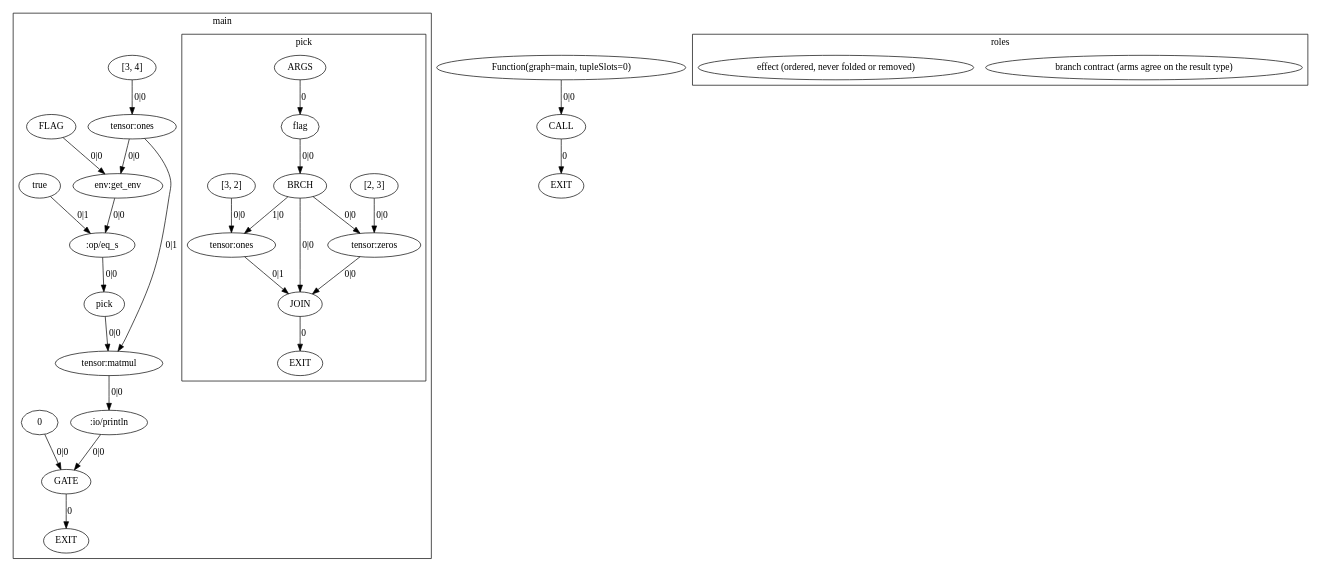
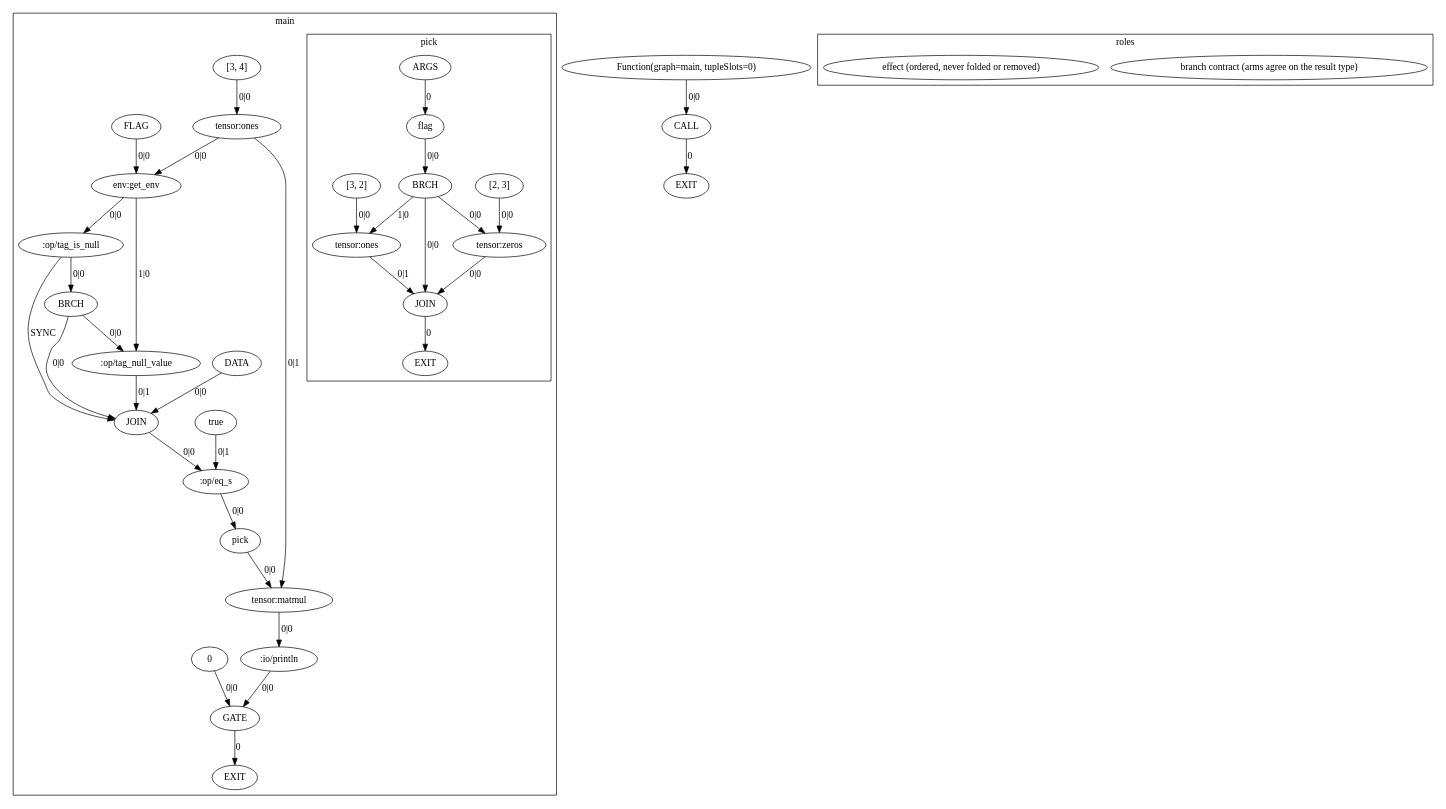
The diagram in exemplars/02_branch_shape_contract/expected/dump.agir.dot (OpenCML/Camel), drawn with Graphviz before and after one commit. The commit also changed 199 other files, not shown here.

First line of the commit message:
refactor(env): an unset variable is null and an unreadable working directory is an error

```diff
--- a/exemplars/02_branch_shape_contract/expected/dump.agir.dot
+++ b/exemplars/02_branch_shape_contract/expected/dump.agir.dot
@@ -1,61 +1,74 @@
 digraph GraphIR {
     subgraph cluster_F01 {
         label="main";
         subgraph cluster_F02 {
             label="pick";
             F02 [label="ARGS", type="ARGS"];
             O02 [label="EXIT", type="EXIT"];
             N00 [label="flag", type="PORT", param_name="flag", param_kind="normal", param_index="0", value_type="bool", origin=<ORIGIN>, span="12:10-12:20", srcfile="exemplars/02_branch_shape_contract/program.cml"];
             N01 [label="JOIN", type="JOIN", role="branch-contract", origin=<ORIGIN>, span="13:11-13:55", srcfile="exemplars/02_branch_shape_contract/program.cml", value_type="f32[?, ?]"];
             N02 [label="BRCH", type="BRCH", origin=<ORIGIN>, span="13:11-13:55", srcfile="exemplars/02_branch_shape_contract/program.cml", value_type="int"];
             N03 [label="[2, 3]", type="DATA", origin=<ORIGIN>, span="13:30-13:36", srcfile="exemplars/02_branch_shape_contract/program.cml", value_type="int[]"];
             N04 [label="tensor:zeros", type="OPER", origin=<ORIGIN>, span="13:24-13:29", srcfile="exemplars/02_branch_shape_contract/program.cml", value_type="f32[2, 3]"];
             N05 [label="[3, 2]", type="DATA", origin=<ORIGIN>, span="13:48-13:54", srcfile="exemplars/02_branch_shape_contract/program.cml", value_type="int[]"];
             N06 [label="tensor:ones", type="OPER", origin=<ORIGIN>, span="13:43-13:47", srcfile="exemplars/02_branch_shape_contract/program.cml", value_type="f32[3, 2]"];
             F02 -> N00 [label="0", type="NORM_PORT"];
             N01 -> O02 [label="0", type="EXIT"];
             N04 -> N01 [label="0|0", type="WITH"];
             N06 -> N01 [label="0|1", type="WITH"];
             N02 -> N01 [label="0|0", type="NORM"];
             N00 -> N02 [label="0|0", type="NORM"];
             N03 -> N04 [label="0|0", type="NORM"];
             N02 -> N04 [label="0|0", type="CTRL"];
             N05 -> N06 [label="0|0", type="NORM"];
             N02 -> N06 [label="1|0", type="CTRL"];
         }
         O01 [label="EXIT", type="EXIT"];
         N07 [label="[3, 4]", type="DATA", origin=<ORIGIN>, span="17:17-17:23", srcfile="exemplars/02_branch_shape_contract/program.cml", value_type="int[]"];
         N08 [label="tensor:ones", type="OPER", origin=<ORIGIN>, span="17:12-17:16", srcfile="exemplars/02_branch_shape_contract/program.cml", value_type="f32[3, 4]"];
-        N09 [label="FLAG", type="DATA", origin=<ORIGIN>, span="18:25-18:31", srcfile="exemplars/02_branch_shape_contract/program.cml", value_type="string"];
-        N0A [label="env:get_env", type="OPER", role="effect", origin=<ORIGIN>, span="18:17-18:24", srcfile="exemplars/02_branch_shape_contract/program.cml", value_type="string"];
-        N0B [label="true", type="DATA", origin=<ORIGIN>, span="18:36-18:42", srcfile="exemplars/02_branch_shape_contract/program.cml", value_type="string"];
-        N0C [label=":op/eq_s", type="OPER", origin=<ORIGIN>, span="18:33-18:35", srcfile="exemplars/02_branch_shape_contract/program.cml", value_type="bool"];
-        N0D [label="pick", type="FUNC", origin=<ORIGIN>, span="18:12-18:43", srcfile="exemplars/02_branch_shape_contract/program.cml", value_type="f32[..]"];
-        N0E [label="tensor:matmul", type="OPER", origin=<ORIGIN>, span="18:44-18:45", srcfile="exemplars/02_branch_shape_contract/program.cml", value_type="f32[..]"];
-        N0F [label=":io/println", type="OPER", role="effect", origin=<ORIGIN>, span="18:4-18:11", srcfile="exemplars/02_branch_shape_contract/program.cml", value_type="f32[..]"];
-        N10 [label="0", type="DATA", origin=<ORIGIN>, span="19:11-19:12", srcfile="exemplars/02_branch_shape_contract/program.cml", value_type="int"];
-        N11 [label="GATE", type="GATE", value_type="int"];
-        N11 -> O01 [label="0", type="EXIT"];
+        N09 [label="FLAG", type="DATA", origin=<ORIGIN>, span="18:26-18:32", srcfile="exemplars/02_branch_shape_contract/program.cml", value_type="string"];
+        N0A [label="env:get_env", type="OPER", role="effect", origin=<ORIGIN>, span="18:18-18:25", srcfile="exemplars/02_branch_shape_contract/program.cml", value_type="string?"];
+        N0B [label=":op/tag_is_null", type="OPER", origin=<ORIGIN>, span="18:34-18:36", srcfile="exemplars/02_branch_shape_contract/program.cml", value_type="bool"];
+        N0C [label="DATA", type="DATA", origin=<ORIGIN>, span="18:37-18:39", srcfile="exemplars/02_branch_shape_contract/program.cml", value_type="string"];
+        N0D [label=":op/tag_null_value", type="OPER", origin=<ORIGIN>, span="18:34-18:36", srcfile="exemplars/02_branch_shape_contract/program.cml", value_type="string"];
+        N0E [label="JOIN", type="JOIN", role="branch-contract", origin=<ORIGIN>, span="18:34-18:36", srcfile="exemplars/02_branch_shape_contract/program.cml", value_type="string"];
+        N0F [label="BRCH", type="BRCH", origin=<ORIGIN>, span="18:34-18:36", srcfile="exemplars/02_branch_shape_contract/program.cml", value_type="int"];
+        N10 [label="true", type="DATA", origin=<ORIGIN>, span="18:44-18:50", srcfile="exemplars/02_branch_shape_contract/program.cml", value_type="string"];
+        N11 [label=":op/eq_s", type="OPER", origin=<ORIGIN>, span="18:41-18:43", srcfile="exemplars/02_branch_shape_contract/program.cml", value_type="bool"];
+        N12 [label="pick", type="FUNC", origin=<ORIGIN>, span="18:12-18:51", srcfile="exemplars/02_branch_shape_contract/program.cml", value_type="f32[..]"];
+        N13 [label="tensor:matmul", type="OPER", origin=<ORIGIN>, span="18:52-18:53", srcfile="exemplars/02_branch_shape_contract/program.cml", value_type="f32[..]"];
+        N14 [label=":io/println", type="OPER", role="effect", origin=<ORIGIN>, span="18:4-18:11", srcfile="exemplars/02_branch_shape_contract/program.cml", value_type="f32[..]"];
+        N15 [label="0", type="DATA", origin=<ORIGIN>, span="19:11-19:12", srcfile="exemplars/02_branch_shape_contract/program.cml", value_type="int"];
+        N16 [label="GATE", type="GATE", value_type="int"];
+        N16 -> O01 [label="0", type="EXIT"];
         N07 -> N08 [label="0|0", type="NORM"];
         N09 -> N0A [label="0|0", type="NORM"];
         N08 -> N0A [label="0|0", type="CTRL"];
-        N0A -> N0C [label="0|0", type="NORM"];
-        N0B -> N0C [label="0|1", type="NORM"];
-        N0C -> N0D [label="0|0", type="NORM"];
-        N0D -> N0E [label="0|0", type="NORM"];
-        N08 -> N0E [label="0|1", type="NORM"];
-        N0E -> N0F [label="0|0", type="NORM"];
-        N10 -> N11 [label="0|0", type="NORM"];
-        N0F -> N11 [label="0|0", type="CTRL"];
+        N0A -> N0B [label="0|0", type="NORM"];
+        N0A -> N0D [label="1|0", type="NORM"];
+        N0F -> N0D [label="0|0", type="CTRL"];
+        N0C -> N0E [label="0|0", type="WITH"];
+        N0D -> N0E [label="0|1", type="WITH"];
+        N0F -> N0E [label="0|0", type="NORM"];
+        N0B -> N0E [label="SYNC", type="SYNC"];
+        N0B -> N0F [label="0|0", type="NORM"];
+        N0E -> N11 [label="0|0", type="NORM"];
+        N10 -> N11 [label="0|1", type="NORM"];
+        N11 -> N12 [label="0|0", type="NORM"];
+        N12 -> N13 [label="0|0", type="NORM"];
+        N08 -> N13 [label="0|1", type="NORM"];
+        N13 -> N14 [label="0|0", type="NORM"];
+        N15 -> N16 [label="0|0", type="NORM"];
+        N14 -> N16 [label="0|0", type="CTRL"];
     }
     O00 [label="EXIT", type="EXIT"];
-    N12 [label="Function(graph=main, tupleSlots=0)", type="DATA", origin=<ORIGIN>, span="16:0-20:1", srcfile="exemplars/02_branch_shape_contract/program.cml", value_type="() => int"];
-    N13 [label="CALL", type="CALL", value_type="int"];
-    N13 -> O00 [label="0", type="EXIT"];
-    N12 -> N13 [label="0|0", type="WITH"];
+    N17 [label="Function(graph=main, tupleSlots=0)", type="DATA", origin=<ORIGIN>, span="16:0-20:1", srcfile="exemplars/02_branch_shape_contract/program.cml", value_type="() => int"];
+    N18 [label="CALL", type="CALL", value_type="int"];
+    N18 -> O00 [label="0", type="EXIT"];
+    N17 -> N18 [label="0|0", type="WITH"];
     subgraph cluster_legend {
         label="roles";
         "legend_branch-contract" [label="branch contract (arms agree on the result type)", type="LEGEND", role="branch-contract"];
         "legend_effect" [label="effect (ordered, never folded or removed)", type="LEGEND", role="effect"];
     }
 }
```
